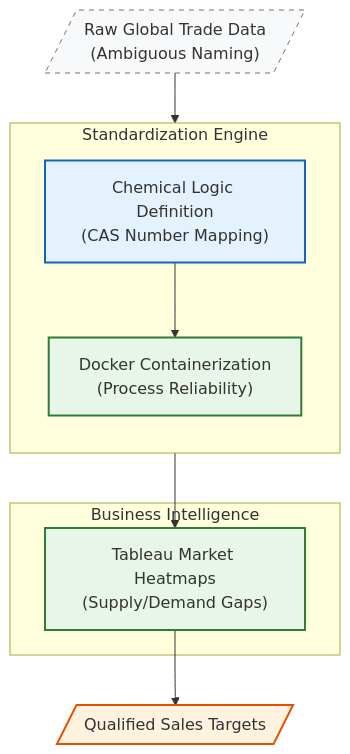
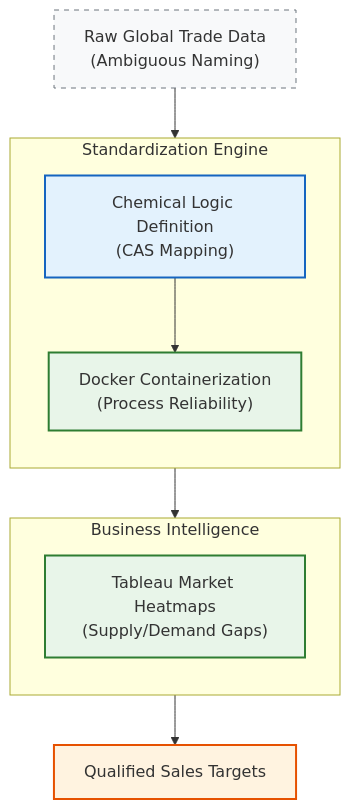
The diagram in content/project/supply-chain-automation/index.md (kbhalajiyadav/portfolio), drawn with Mermaid before and after one commit.

````diff
--- a/content/project/supply-chain-automation/index.md
+++ b/content/project/supply-chain-automation/index.md
@@ -41,29 +41,27 @@
 ```mermaid
 graph TD
-    %% Professional Style Definitions
-    classDef input fill:#f8f9fa,stroke:#6c757d,stroke-width:1px,stroke-dasharray: 5 5;
-    classDef chemistry fill:#e3f2fd,stroke:#1565c0,stroke-width:2px;
-    classDef ops fill:#e8f5e9,stroke:#2e7d32,stroke-width:2px;
-    classDef output fill:#fff3e0,stroke:#e65100,stroke-width:2px;
+  %% Style Definitions
+  classDef input fill:#f8f9fa,stroke:#6c757d,stroke-width:1px,stroke-dasharray: 5 5;
+  classDef chemistry fill:#e3f2fd,stroke:#1565c0,stroke-width:2px;
+  classDef ops fill:#e8f5e9,stroke:#2e7d32,stroke-width:2px;
+  classDef output fill:#fff3e0,stroke:#e65100,stroke-width:2px;
 
-    %% Nodes
-    Raw[/"Raw Global Trade Data<br/>(Ambiguous Naming)"/]:::input
-    
-    subgraph "Standardization Engine"
-        direction TB
-        Logic["Chemical Logic Definition<br/>(CAS Number Mapping)"]:::chemistry
-        Docker["Docker Containerization<br/>(Process Reliability)"]:::ops
-    end
+  %% Nodes (use \n instead of <br/>)
+  Raw["Raw Global Trade Data\n(Ambiguous Naming)"]:::input
 
-    subgraph "Business Intelligence"
-        Viz["Tableau Market Heatmaps<br/>(Supply/Demand Gaps)"]:::ops
-    end
+  subgraph SE["Standardization Engine"]
+    direction TB
+    Logic["Chemical Logic Definition\n(CAS Mapping)"]:::chemistry
+    Docker["Docker Containerization\n(Process Reliability)"]:::ops
+  end
 
-    Result[/"Qualified Sales Targets"/]:::output
+  subgraph BI["Business Intelligence"]
+    direction TB
+    Viz["Tableau Market Heatmaps\n(Supply/Demand Gaps)"]:::ops
+  end
 
-    %% Flow
-    Raw --> Logic
-    Logic --> Docker
-    Docker --> Viz
-    Viz --> Result
+  Result["Qualified Sales Targets"]:::output
+
+  %% Flow
+  Raw --> Logic --> Docker --> Viz --> Result
 ```
````
